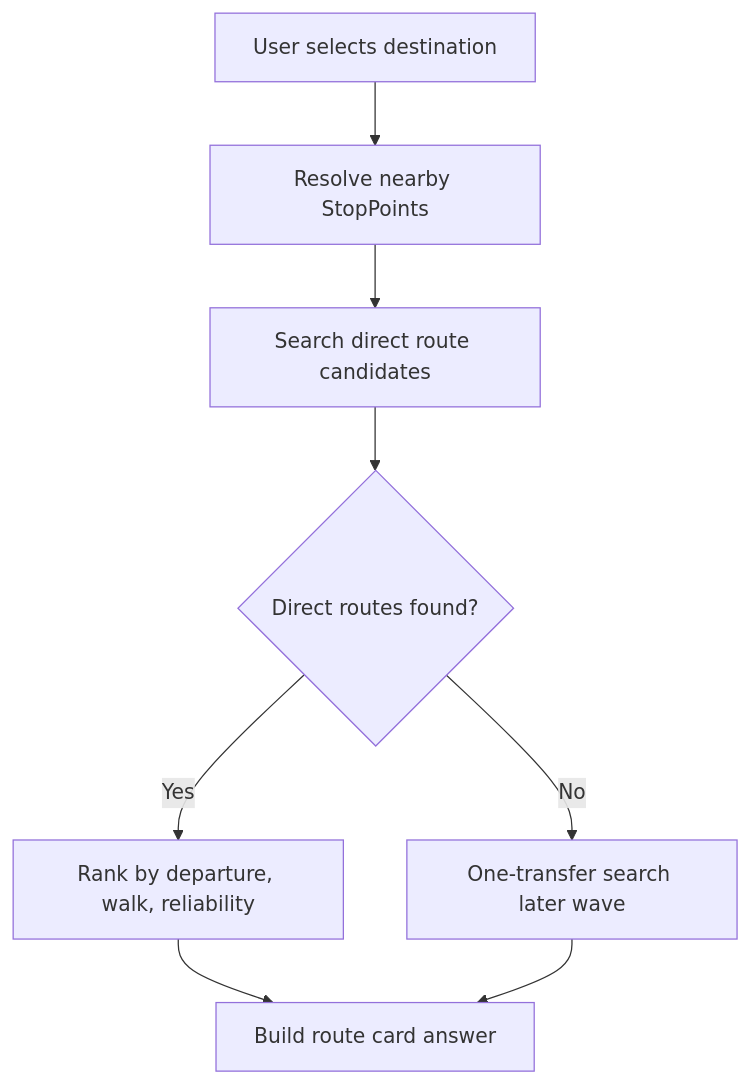
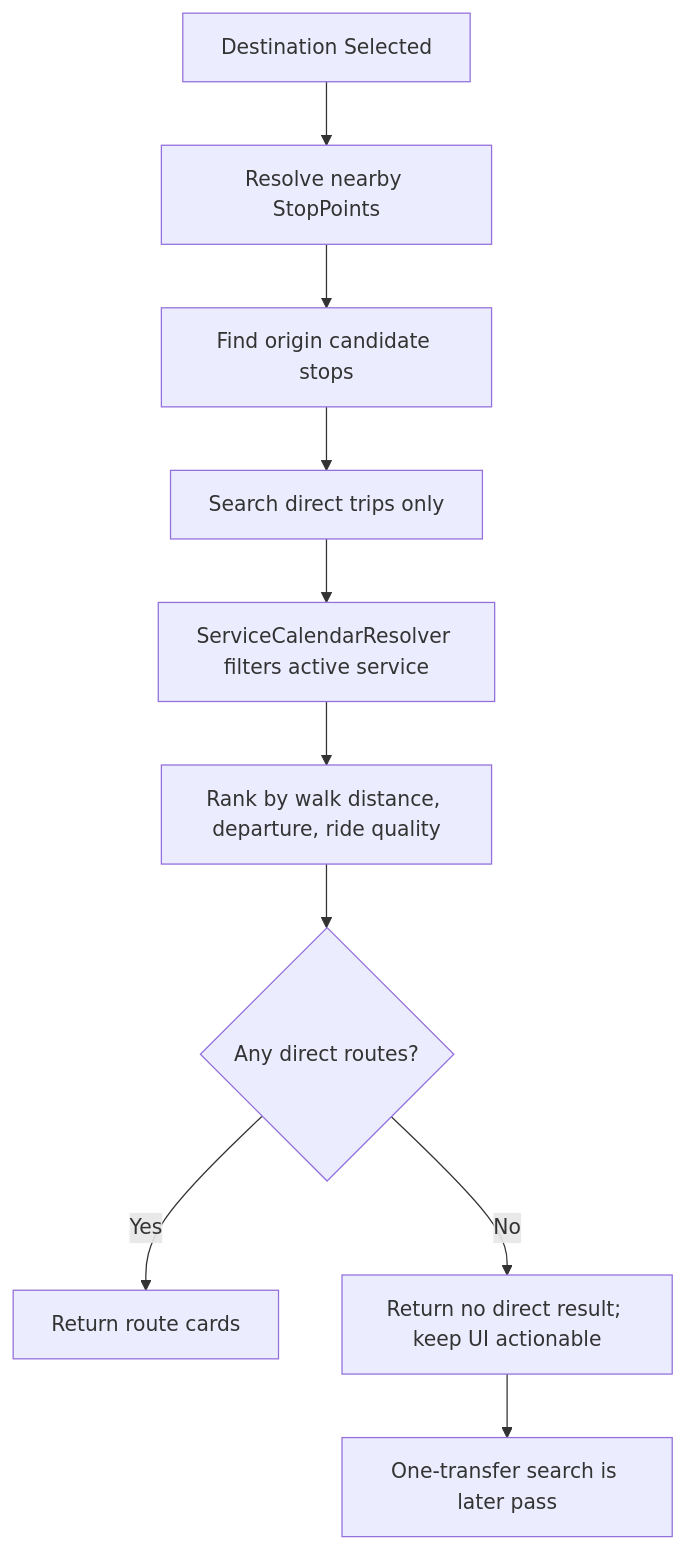
Before and after one commit to Fuuduuu/ANDROBUSS: the fourth of 6 diagrams in docs/MERMAID_DIAGRAMS.md, drawn with Mermaid. The commit also changed other lines of this file and 7 other files, not shown here.

Commit message:
docs: fix architecture review blockers

````diff
--- a/docs/MERMAID_DIAGRAMS.md
+++ b/docs/MERMAID_DIAGRAMS.md
@@ -53,10 +75,12 @@
 ```mermaid
 flowchart TD
-    Start[User selects destination] --> Nearby[Resolve nearby StopPoints]
-    Nearby --> Direct[Search direct route candidates]
-    Direct --> HasDirect{Direct routes found?}
-    HasDirect -->|Yes| Rank[Rank by departure, walk, reliability]
-    HasDirect -->|No| Transfer[One-transfer search later wave]
-    Rank --> Card[Build route card answer]
-    Transfer --> Card
+    Start[Destination Selected] --> Locate[Resolve nearby StopPoints]
+    Locate --> CandidateStops[Find origin candidate stops]
+    CandidateStops --> DirectSearch[Search direct trips only]
+    DirectSearch --> ActiveFilter[ServiceCalendarResolver filters active service]
+    ActiveFilter --> Rank[Rank by walk distance, departure, ride quality]
+    Rank --> Found{Any direct routes?}
+    Found -->|Yes| RouteCard[Return route cards]
+    Found -->|No| NoDirect[Return no direct result; keep UI actionable]
+    NoDirect --> TransferLater[One-transfer search is later pass]
 ```
````
